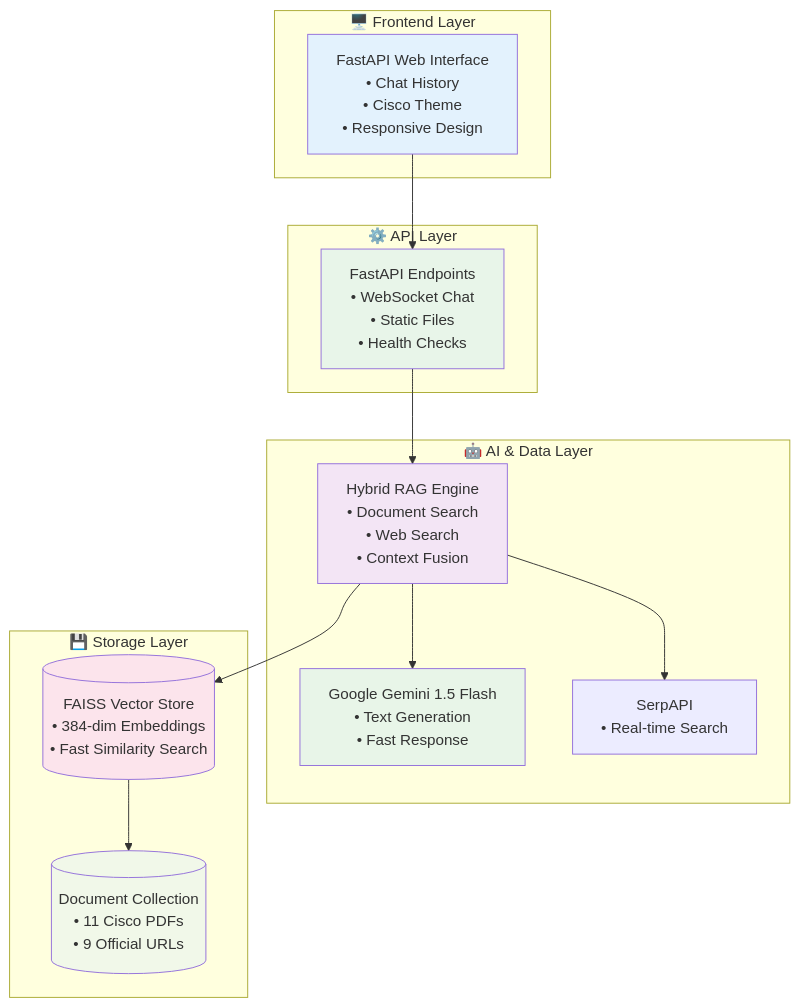
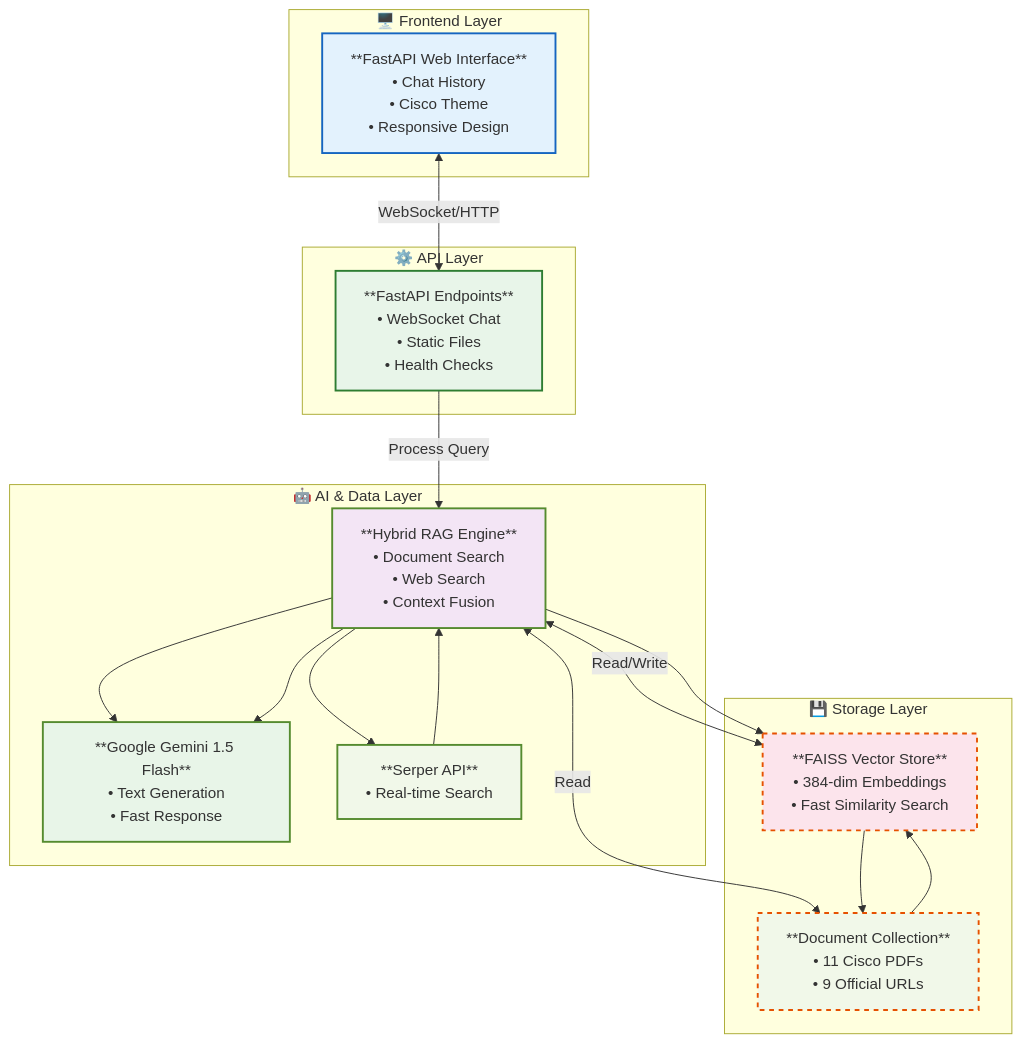
One commit to xanderstevenson/cisco-automation-certification-station changed the second of 2 diagrams in README.md. Above: the diagram before and after it, drawn with Mermaid. The commit also changed other lines of this file, not shown here.

Commit message:
updated README to mention Serper API instead of SerpAPI

````diff
--- a/README.md
+++ b/README.md
@@ -127,35 +145,63 @@
 ```mermaid
 graph TB
+    %% Styling
+    classDef frontend fill:#e3f2fd,stroke:#1565c0,stroke-width:2px
+    classDef api fill:#e8f5e9,stroke:#2e7d32,stroke-width:2px
+    classDef ai fill:#f1f8e9,stroke:#558b2f,stroke-width:2px
+    classDef storage fill:#fff3e0,stroke:#e65100,stroke-width:2px,stroke-dasharray: 5 5
+    classDef process fill:#f3e5f5,stroke:#7b1fa2,stroke-width:2px
+    
+    %% Frontend Layer
     subgraph "🖥️ Frontend Layer"
-        UI[FastAPI Web Interface<br/>• Chat History<br/>• Cisco Theme<br/>• Responsive Design]
+        UI["**FastAPI Web Interface**<br/>• Chat History<br/>• Cisco Theme<br/>• Responsive Design"]
+        class UI frontend
     end
     
+    %% API Layer
     subgraph "⚙️ API Layer"
-        API[FastAPI Endpoints<br/>• WebSocket Chat<br/>• Static Files<br/>• Health Checks]
+        API["**FastAPI Endpoints**<br/>• WebSocket Chat<br/>• Static Files<br/>• Health Checks"]
+        class API api
     end
     
+    %% AI & Data Layer
     subgraph "🤖 AI & Data Layer"
-        RAG[Hybrid RAG Engine<br/>• Document Search<br/>• Web Search<br/>• Context Fusion]
-        GEMINI[Google Gemini 1.5 Flash<br/>• Text Generation<br/>• Fast Response]
-        SERP[SerpAPI<br/>• Real-time Search]
+        RAG["**Hybrid RAG Engine**<br/>• Document Search<br/>• Web Search<br/>• Context Fusion"]
+        GEMINI["**Google Gemini 1.5 Flash**<br/>• Text Generation<br/>• Fast Response"]
+        SERP["**Serper API**<br/>• Real-time Search"]
+        
+        RAG --> GEMINI
+        SERP --> RAG
+        class RAG,GEMINI,SERP ai
     end
     
+    %% Storage Layer
     subgraph "💾 Storage Layer"
-        VECTOR[(FAISS Vector Store<br/>• 384-dim Embeddings<br/>• Fast Similarity Search)]
-        DOCS[(Document Collection<br/>• 11 Cisco PDFs<br/>• 9 Official URLs)]
+        VECTOR["**FAISS Vector Store**<br/>• 384-dim Embeddings<br/>• Fast Similarity Search"]
+        DOCS["**Document Collection**<br/>• 11 Cisco PDFs<br/>• 9 Official URLs"]
+        
+        DOCS --> VECTOR
+        class VECTOR,DOCS storage
     end
     
-    UI --> API
-    API --> RAG
+    %% Connections
+    UI <-->|WebSocket/HTTP| API
+    API -->|Process Query| RAG
+    RAG <-->|Read/Write| VECTOR
+    RAG <-->|Read| DOCS
+    
+    %% Add some spacing
+    style UI margin-bottom:20px
+    style API margin-bottom:20px
+    style RAG margin-bottom:20px
     RAG --> GEMINI
     RAG --> SERP
     RAG --> VECTOR
     VECTOR --> DOCS
     
     style UI fill:#e3f2fd
     style API fill:#e8f5e9
     style RAG fill:#f3e5f5
     style GEMINI fill:#e8f5e8
     style VECTOR fill:#fce4ec
     style DOCS fill:#f1f8e9
 ```
````
